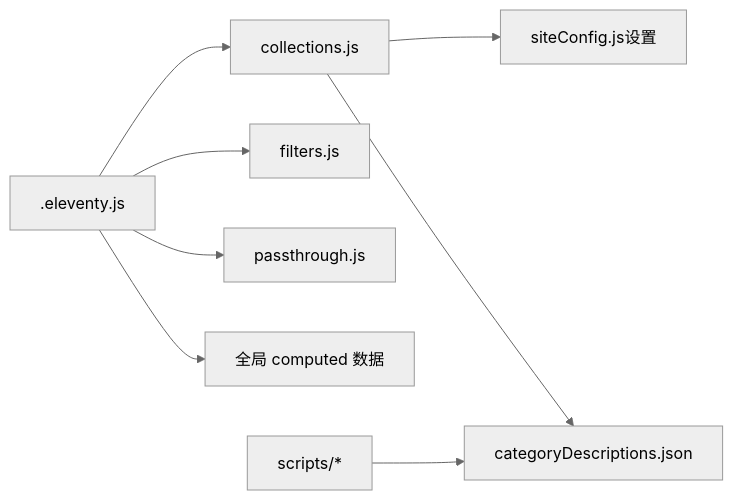
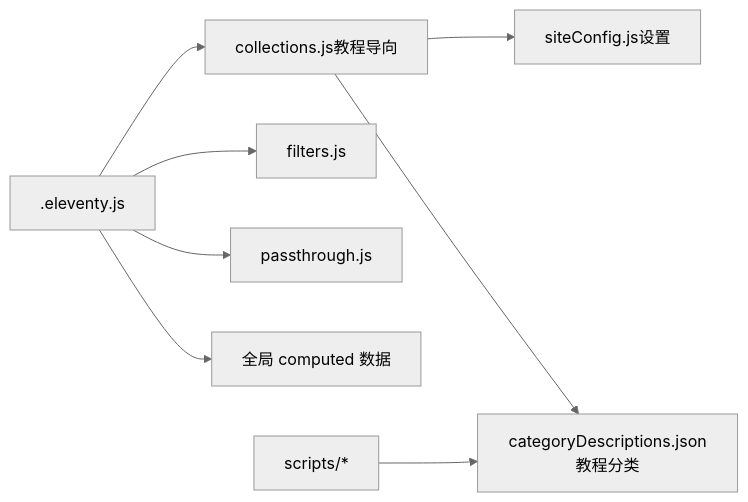
The eighth of 8 diagrams in .qoder/repowiki/zh/content/内容管理系统/内容组织结构.md (FXnadu/rainyNight-11ty), drawn with Mermaid (neutral theme) before and after one commit. The commit also changed other lines of this file and 79 other files, not shown here.

````diff
--- a/.qoder/repowiki/zh/content/内容管理系统/内容组织结构.md
+++ b/.qoder/repowiki/zh/content/内容管理系统/内容组织结构.md
@@ -312,10 +349,10 @@
 ```mermaid
 graph LR
-E[".eleventy.js"] --> C["collections.js"]
+E[".eleventy.js"] --> C["collections.js教程导向"]
 E --> F["filters.js"]
 E --> P["passthrough.js"]
 C --> S["siteConfig.js设置"]
-C --> M["categoryDescriptions.json"]
+C --> M["categoryDescriptions.json教程分类"]
 E --> R["全局 computed 数据"]
 SCR["scripts/*"] --> M
 ```
````
